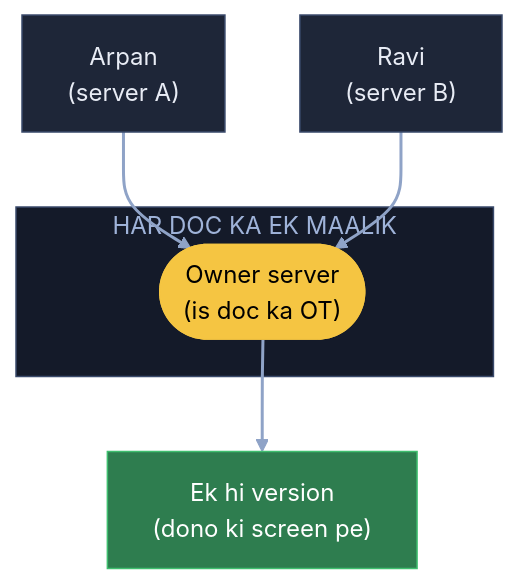
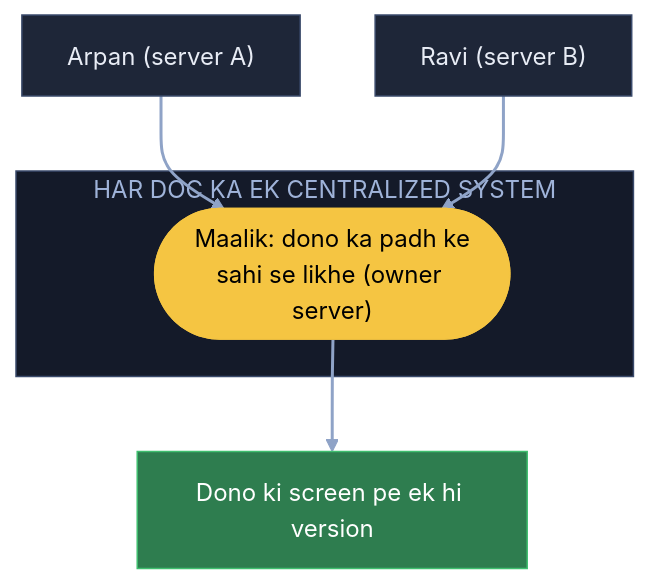
Before and after one commit to ArpanMaheshwari144/Prep: the fourth of 7 diagrams in 04_HLD/SYSTEM_DESIGNS/11_google_docs_collab/11_google_docs_collab.md, drawn with Mermaid (forest theme). The commit also changed other lines of this file, not shown here.

Commit message:
Docs: 7 diagram hand notes ke shabdon se, K5 me 500 copy / paisa / interviewer wali baat notes jaisi

````diff
--- a/04_HLD/SYSTEM_DESIGNS/11_google_docs_collab/11_google_docs_collab.md
+++ b/04_HLD/SYSTEM_DESIGNS/11_google_docs_collab/11_google_docs_collab.md
@@ -131,18 +135,18 @@
 ```mermaid
 flowchart TB
-    A["Arpan<br/>(server A)"]:::card
-    R["Ravi<br/>(server B)"]:::card
-    subgraph MK["HAR DOC KA EK MAALIK"]
-        O(["Owner server<br/>(is doc ka OT)"]):::pill
+    A["Arpan (server A)"]:::card
+    R["Ravi (server B)"]:::card
+    subgraph CS["HAR DOC KA EK CENTRALIZED SYSTEM"]
+        O(["Maalik: dono ka padh ke<br/>sahi se likhe (owner server)"]):::pill
     end
-    V["Ek hi version<br/>(dono ki screen pe)"]:::good
+    V["Dono ki screen pe ek hi version"]:::good
     A --> O
     R --> O
     O --> V
     linkStyle default stroke:#8fa3c7,stroke-width:2px
     classDef card fill:#1e2638,stroke:#3a4a6b,color:#e8ecf5
     classDef pill fill:#f5c542,stroke:#f5c542,color:#000
     classDef good fill:#2e7d4f,stroke:#3fbf6f,color:#fff
     classDef bad fill:#5c1f24,stroke:#e05561,color:#fff
-    style MK fill:#141a29,stroke:#3a4a6b,color:#9fb3d9
+    style CS fill:#141a29,stroke:#3a4a6b,color:#9fb3d9
 ```
````
